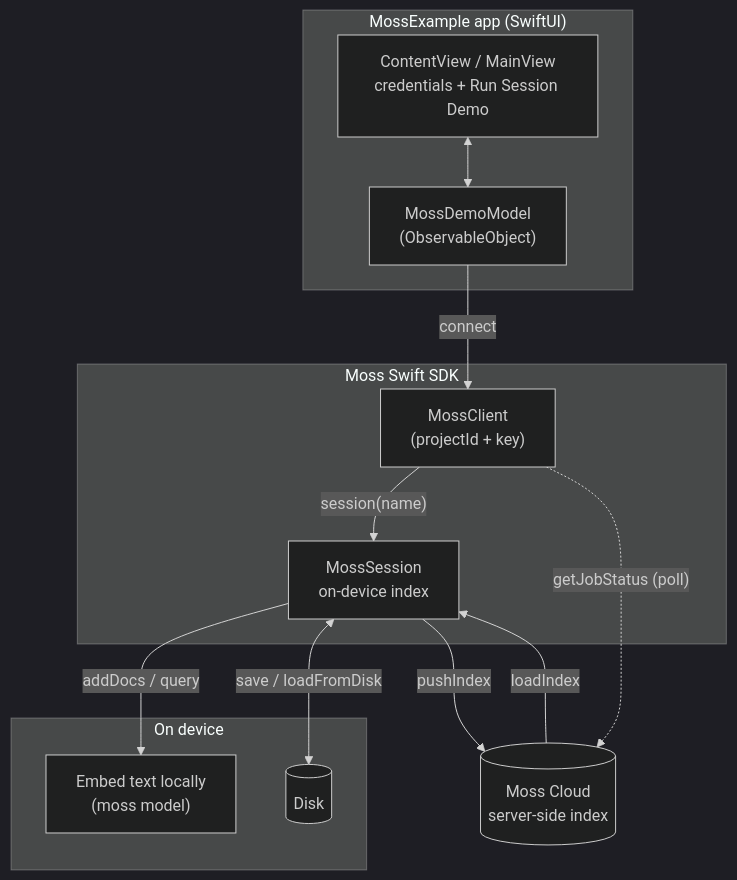
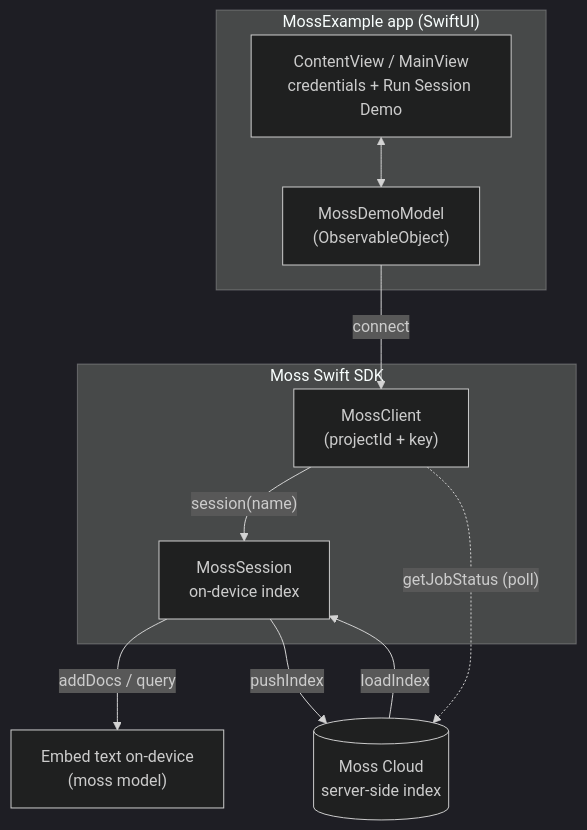
One commit to usemoss/moss changed the diagram in examples/ios/README.md. Above: the diagram before and after it, drawn with Mermaid (dark theme). The commit also changed other lines of this file and 1 other file, not shown here.

````diff
--- a/examples/ios/README.md
+++ b/examples/ios/README.md
@@ -20,29 +19,24 @@
 ```mermaid
 flowchart TB
     subgraph app["MossExample app (SwiftUI)"]
         ui["ContentView / MainView<br/>credentials + Run Session Demo"]
         model["MossDemoModel<br/>(ObservableObject)"]
         ui <--> model
     end
 
     subgraph sdk["Moss Swift SDK"]
         client["MossClient<br/>(projectId + key)"]
         session["MossSession<br/>on-device index"]
         client -->|"session(name)"| session
     end
 
     model -->|connect| client
 
-    subgraph device["On device"]
-        embed["Embed text locally<br/>(moss model)"]
-        disk[("Disk")]
-    end
-
+    embed["Embed text on-device<br/>(moss model)"]
     cloud[("Moss Cloud<br/>server-side index")]
 
     session -->|"addDocs / query"| embed
-    session <-->|"save / loadFromDisk"| disk
     session -->|"pushIndex"| cloud
     cloud -->|"loadIndex"| session
     client -.->|"getJobStatus (poll)"| cloud
 ```
````
